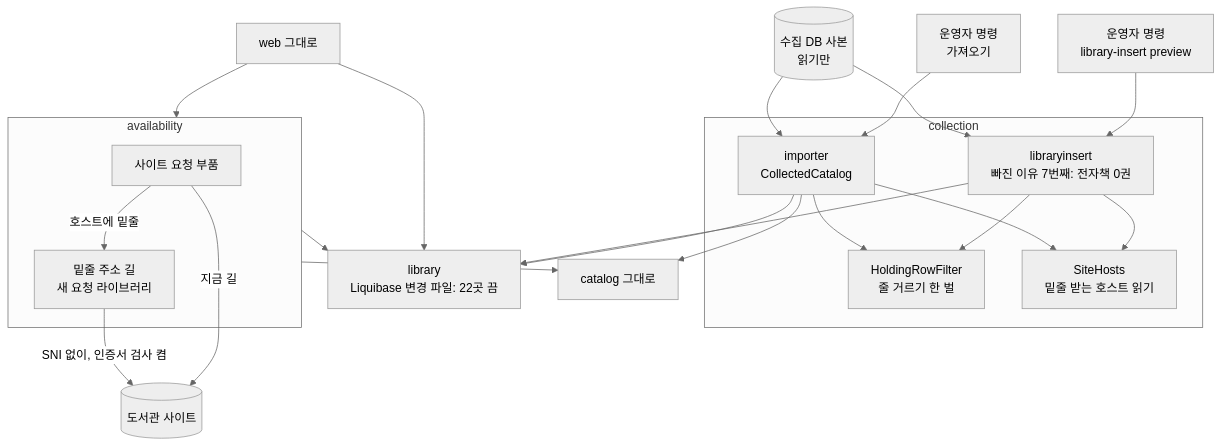
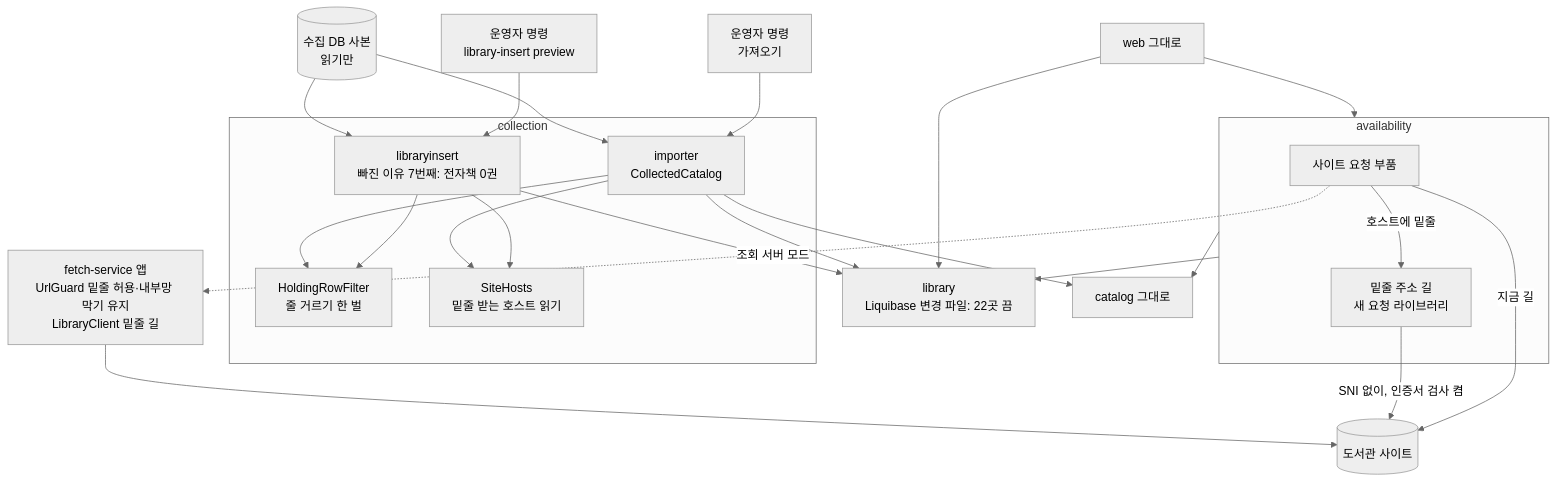
The first of 4 diagrams in docs/cycles/18-empty-library-holdings/design-delta.md (hodu-sketch/chaekcheck-plan), drawn with Mermaid (neutral theme) before and after one commit. The commit also changed other lines of this file and 8 other files, not shown here.

Commit message:
cycle 18: module-map diagrams; second review fixes (fetch-service everywhere, UrlGuard safety, builds/tests)

````diff
--- a/docs/cycles/18-empty-library-holdings/design-delta.md
+++ b/docs/cycles/18-empty-library-holdings/design-delta.md
@@ -16,33 +16,35 @@
 ```mermaid
 flowchart TB
   OP[운영자 명령<br/>library-insert preview] --> INS
   IMPC[운영자 명령<br/>가져오기] --> IMP
   SQ[(수집 DB 사본<br/>읽기만)] --> INS
   SQ --> IMP
   subgraph COL[collection]
     INS[libraryinsert<br/>빠진 이유 7번째: 전자책 0권]
     IMP[importer<br/>CollectedCatalog]
     FIL[HoldingRowFilter<br/>줄 거르기 한 벌]
     HOST[SiteHosts<br/>밑줄 받는 호스트 읽기]
     INS --> FIL
     IMP --> FIL
     INS --> HOST
     IMP --> HOST
   end
   LIB[library<br/>Liquibase 변경 파일: 22곳 끔]
   CAT[catalog 그대로]
   subgraph AV[availability]
     SF[사이트 요청 부품]
     UND[밑줄 주소 길<br/>새 요청 라이브러리]
     SF -->|호스트에 밑줄| UND
   end
   IMP --> LIB
   INS --> LIB
   IMP --> CAT
   AV --> LIB
   AV --> CAT
   SF -->|지금 길| SITES[(도서관 사이트)]
   UND -->|SNI 없이, 인증서 검사 켬| SITES
+  SF -.->|조회 서버 모드| FSV[fetch-service 앱<br/>UrlGuard 밑줄 허용·내부망 막기 유지<br/>LibraryClient 밑줄 길]
+  FSV --> SITES
   WEB[web 그대로] --> LIB
   WEB --> AV
 ```
````
